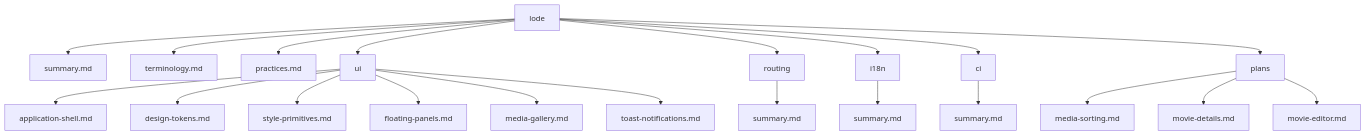
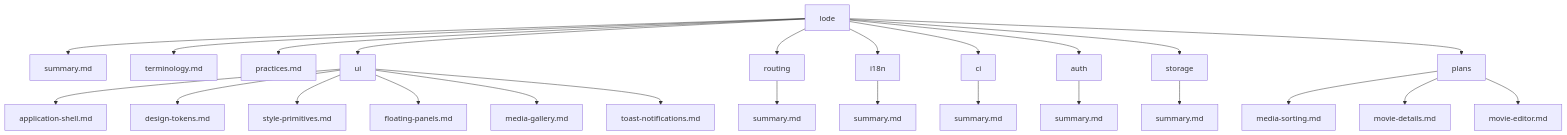
The diagram in lode/lode-map.md (Zwezh/media-shelf), drawn with Mermaid before and after one commit. The commit also changed other lines of this file and 75 other files, not shown here.

````diff
--- a/lode/lode-map.md
+++ b/lode/lode-map.md
@@ -26,23 +28,27 @@
 ```mermaid
 flowchart TD
   Root[lode] --> Summary[summary.md]
   Root --> Terms[terminology.md]
   Root --> Practices[practices.md]
   Root --> UI[ui]
   UI --> UIShell[application-shell.md]
   UI --> UITokens[design-tokens.md]
   UI --> UIPrimitives[style-primitives.md]
   UI --> FloatingPanels[floating-panels.md]
   UI --> MediaGallery[media-gallery.md]
   UI --> Toasts[toast-notifications.md]
   Root --> Routing[routing]
   Routing --> RouteSummary[summary.md]
   Root --> I18n[i18n]
   I18n --> I18nSummary[summary.md]
   Root --> CI[ci]
   CI --> CISummary[summary.md]
+  Root --> Auth[auth]
+  Auth --> AuthSummary[summary.md]
+  Root --> Storage[storage]
+  Storage --> StorageSummary[summary.md]
   Root --> Plans[plans]
   Plans --> MediaSorting[media-sorting.md]
   Plans --> MovieDetails[movie-details.md]
   Plans --> MovieEditor[movie-editor.md]
 ```
````
